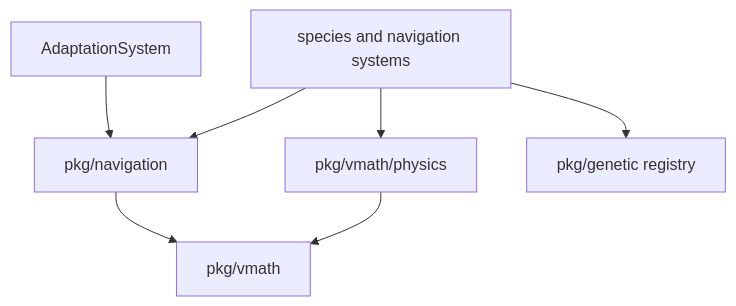
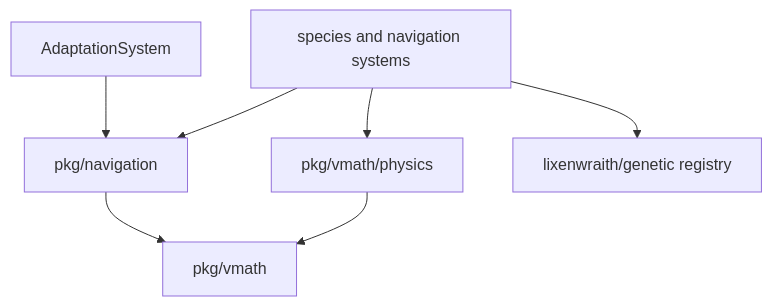
The first of 2 diagrams in doc/ai-physics-and-evolution.md (lixenwraith/vif), drawn with Mermaid before and after one commit. The commit also changed other lines of this file and 35 other files, not shown here.

First line of the commit message:
genetic: a module of its own in pkg/genetic, the lander as its example, taken through a replace (#999)

````diff
--- a/doc/ai-physics-and-evolution.md
+++ b/doc/ai-physics-and-evolution.md
@@ -11,9 +11,9 @@
 ```mermaid
 flowchart TD
     Systems["species and navigation systems"] --> Navigation["pkg/navigation"]
     Systems --> Physics["pkg/vmath/physics"]
-    Systems --> Genetic["pkg/genetic registry"]
+    Systems --> Genetic["lixenwraith/genetic registry"]
     Navigation --> VMath["pkg/vmath"]
     Physics --> VMath
     Adapt["AdaptationSystem"] --> Navigation
 ```
````
